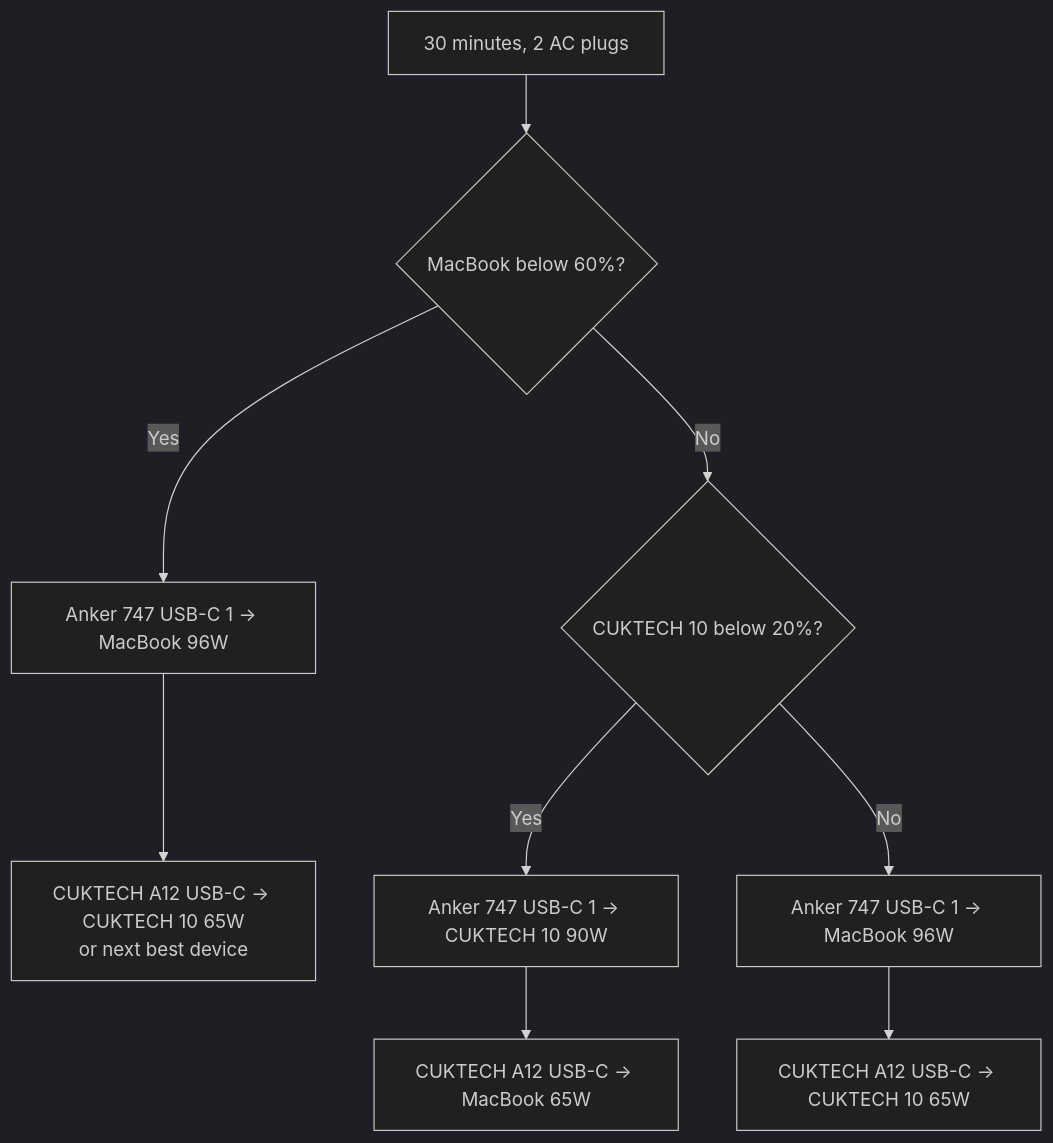
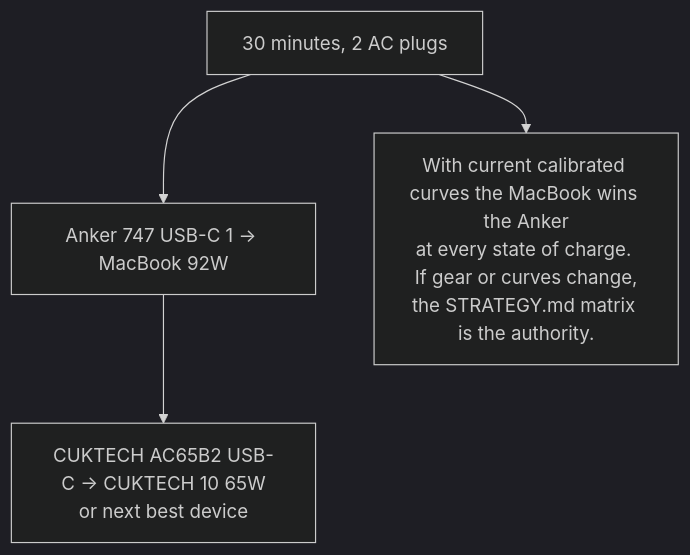
One commit to kaovilai/charge-arsenal changed the second of 2 diagrams in README.md. Above: the diagram before and after it, drawn with Mermaid (dark theme). The commit also changed other lines of this file and 11 other files, not shown here.

````diff
--- a/README.md
+++ b/README.md
@@ -97,14 +106,7 @@
 ```mermaid
 flowchart TD
-    start[30 minutes, 2 AC plugs] --> q1{MacBook below 60%?}
+    start[30 minutes, 2 AC plugs] --> a1[Anker 747 USB-C 1 -> MacBook 92W]
+    a1 --> b1[CUKTECH AC65B2 USB-C -> CUKTECH 10 65W<br/>or next best device]
 
-    q1 -->|Yes| a1[Anker 747 USB-C 1 -> MacBook 96W]
-    a1 --> b1[CUKTECH A12 USB-C -> CUKTECH 10 65W<br/>or next best device]
-
-    q1 -->|No| q2{CUKTECH 10 below 20%?}
-    q2 -->|Yes| a2[Anker 747 USB-C 1 -> CUKTECH 10 90W]
-    a2 --> b2[CUKTECH A12 USB-C -> MacBook 65W]
-
-    q2 -->|No| a3[Anker 747 USB-C 1 -> MacBook 96W]
-    a3 --> b3[CUKTECH A12 USB-C -> CUKTECH 10 65W]
+    start --> m[With current calibrated curves the MacBook wins the Anker<br/>at every state of charge. If gear or curves change,<br/>the STRATEGY.md matrix is the authority.]
 ```
````
